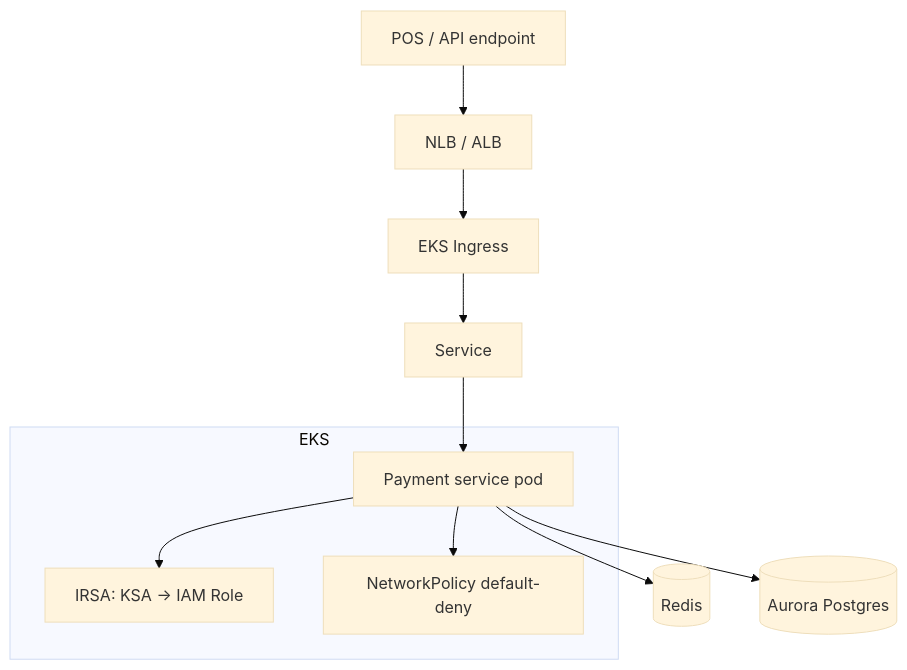
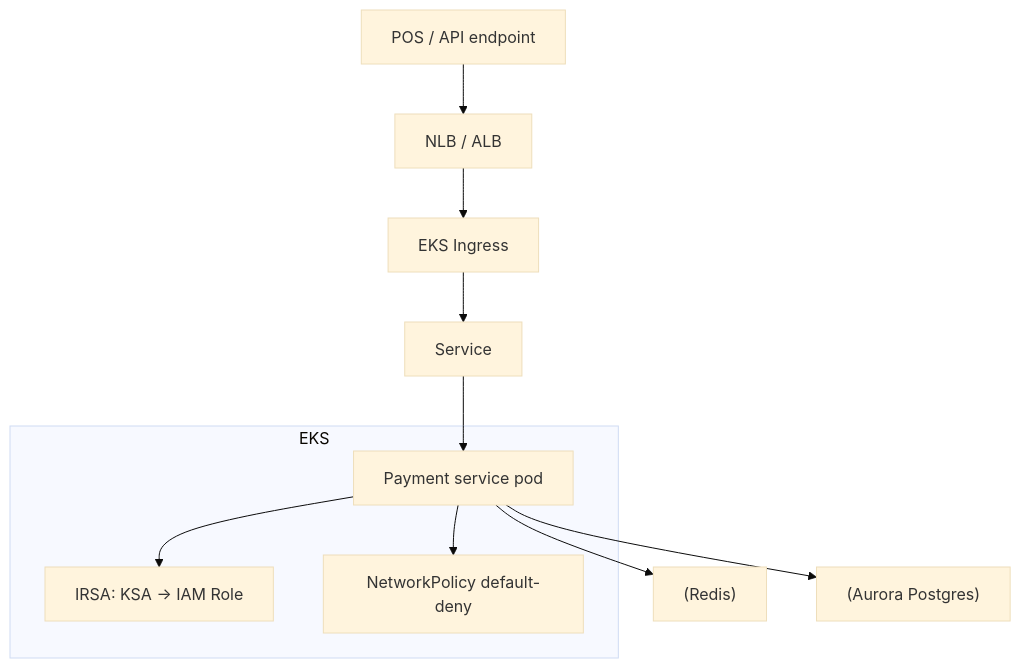
The diagram in 17-company-cases/visa.md (WhoisMonesh/K8S-Everything), drawn with Mermaid (base theme) before and after one commit. The commit also changed 62 other files, not shown here.

First line of the commit message:
Fix all Mermaid diagrams for GitHub compatibility

````diff
--- a/17-company-cases/visa.md
+++ b/17-company-cases/visa.md
@@ -24,15 +24,15 @@
 ```mermaid
 graph TD
     POS[POS / API endpoint] --> LB[NLB / ALB]
     LB --> Ingress[EKS Ingress]
     Ingress --> SVC[Service]
     SVC --> POD[Payment service pod]
-    POD --> Cache[(Redis)]
-    POD --> DB[(Aurora Postgres)]
-    subgraph EKS
+    POD --> Cache["(Redis)"]
+    POD --> DB["(Aurora Postgres)"]
+    subgraph "EKS"
         IRSA[IRSA: KSA -> IAM Role]
         NET[NetworkPolicy default-deny]
         POD --> IRSA
         POD --> NET
     end
 ```
````
